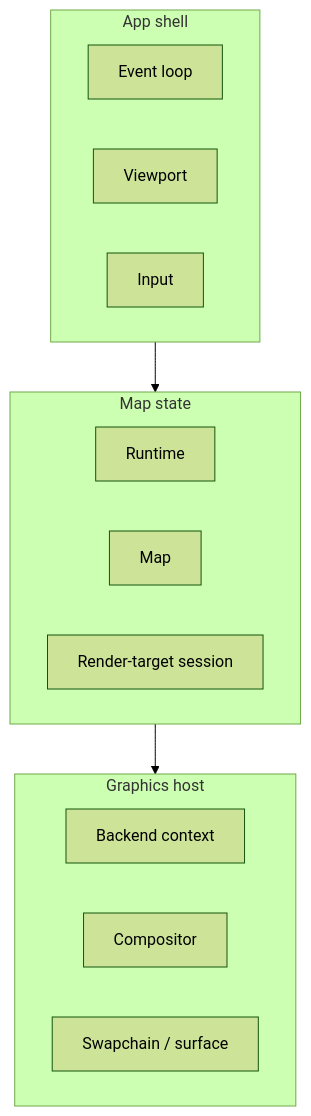
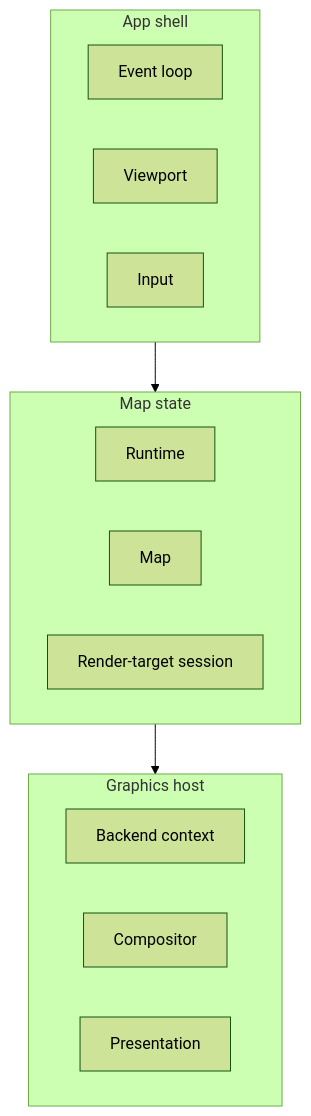
Before and after one commit to maplibre/maplibre-native-ffi: the first of 2 diagrams in docs/src/content/docs/development/specifications/map-example.md, drawn with Mermaid (forest theme). The commit also changed other lines of this file, not shown here.

````diff
--- a/docs/src/content/docs/development/specifications/map-example.md
+++ b/docs/src/content/docs/development/specifications/map-example.md
@@ -128,20 +128,20 @@
 ```mermaid
 flowchart TB
   subgraph shell["App shell"]
     EL[Event loop]
     VP[Viewport]
     IN[Input]
   end
   subgraph mapstate["Map state"]
     RT[Runtime]
     MP[Map]
     RS[Render-target session]
   end
   subgraph gfx["Graphics host"]
     BE[Backend context]
     CP[Compositor]
-    SC[Swapchain / surface]
+    SC[Presentation]
   end
   shell --> mapstate
   mapstate --> gfx
 ```
````
